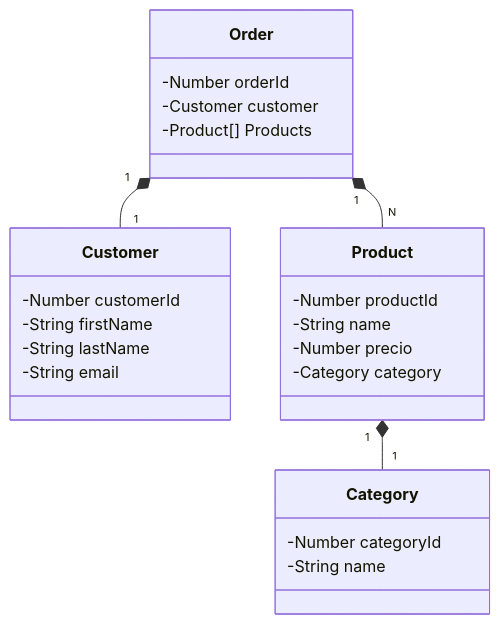
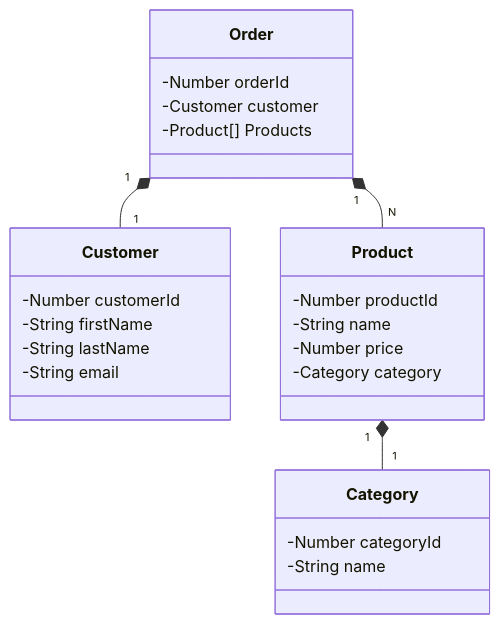
Before and after one commit to lizbethla/dio-project-store: the diagram in README.md, drawn with Mermaid.

````diff
--- a/README.md
+++ b/README.md
@@ -3,33 +3,33 @@
 ```mermaid
 classDiagram
   class Customer {
     -Number customerId
     -String firstName
     -String lastName
     -String email
   }
 
   class Product {
     -Number productId
     -String name
-    -Number precio
+    -Number price
     -Category category
   }
 
   class Category {
     -Number categoryId
     -String name
   }
 
   class Order {
     -Number orderId
     -Customer customer
     -Product[] Products
   }
 
 
   Order "1" *-- "1" Customer
   Order "1" *-- "N" Product
   Product "1" *-- "1" Category
 
 ```
````
